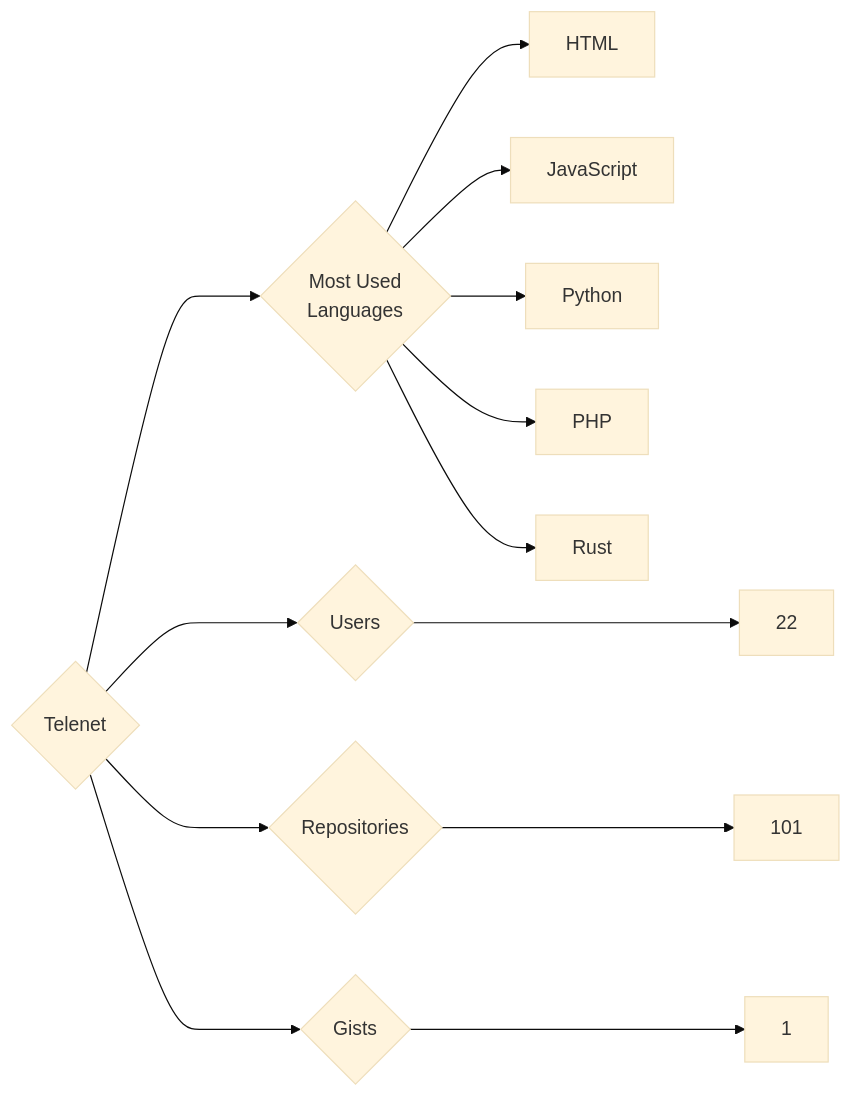
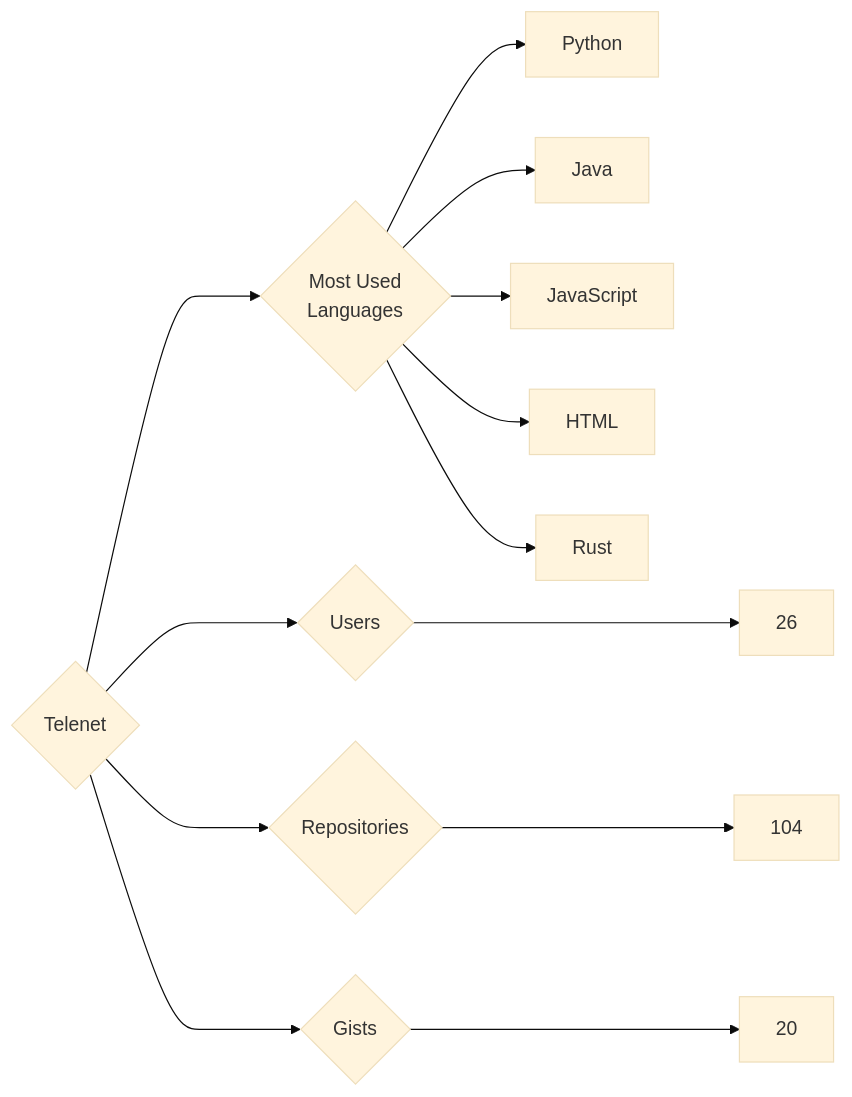
Before and after one commit to trickest/insiders: the diagram in targets/Telenet/README.md, drawn with Mermaid (base theme). The commit also changed 877 other files, not shown here.

````diff
--- a/targets/Telenet/README.md
+++ b/targets/Telenet/README.md
@@ -3,13 +3,13 @@
 ```mermaid
 graph LR
 COMPANY_NAME{Telenet}
-COMPANY_NAME ---> U{Users} ---> UN[22]
-COMPANY_NAME ---> R{Repositories} ---> RN[101]
-COMPANY_NAME ---> G{Gists} ---> GN[1]
+COMPANY_NAME ---> U{Users} ---> UN[26]
+COMPANY_NAME ---> R{Repositories} ---> RN[104]
+COMPANY_NAME ---> G{Gists} ---> GN[20]
 COMPANY_NAME ---> ML{Most Used<br>Languages}
+ML --> Python[Python]
+ML --> Java[Java]
+ML --> JavaScript[JavaScript]
 ML --> HTML[HTML]
-ML --> JavaScript[JavaScript]
-ML --> Python[Python]
-ML --> PHP[PHP]
 ML --> Rust[Rust]
 ```
````
